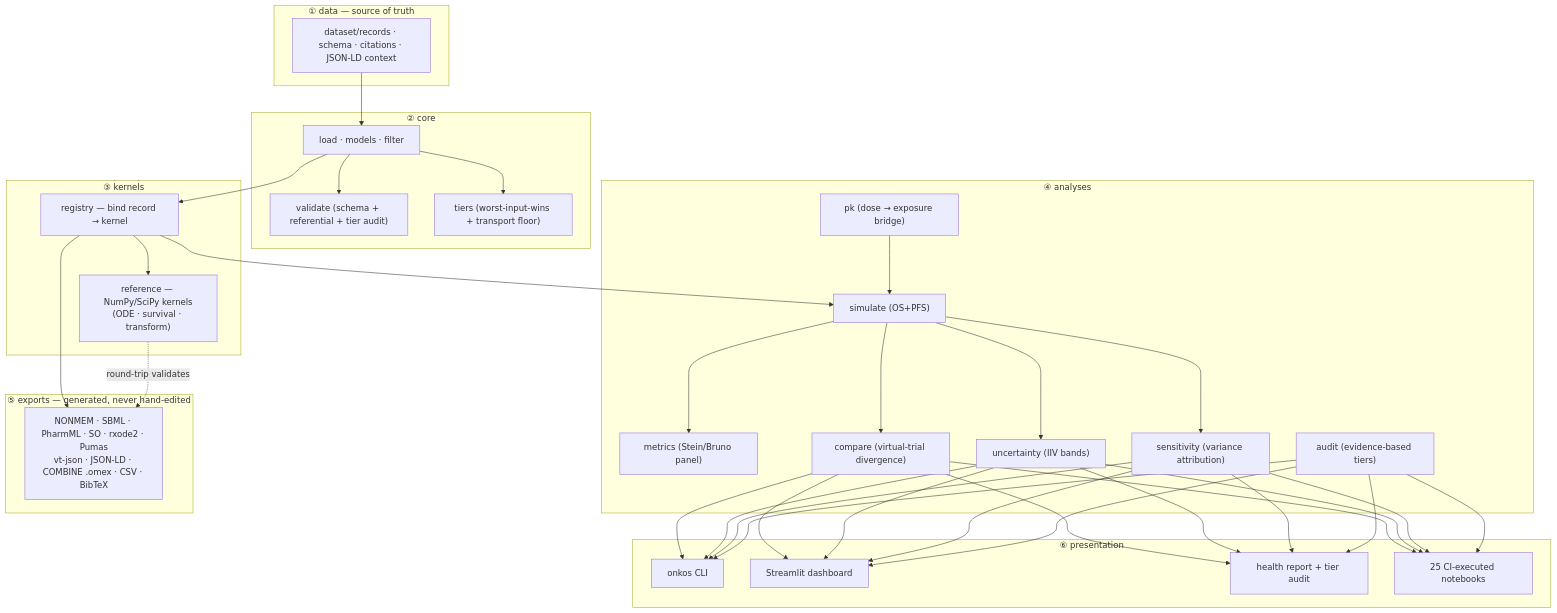
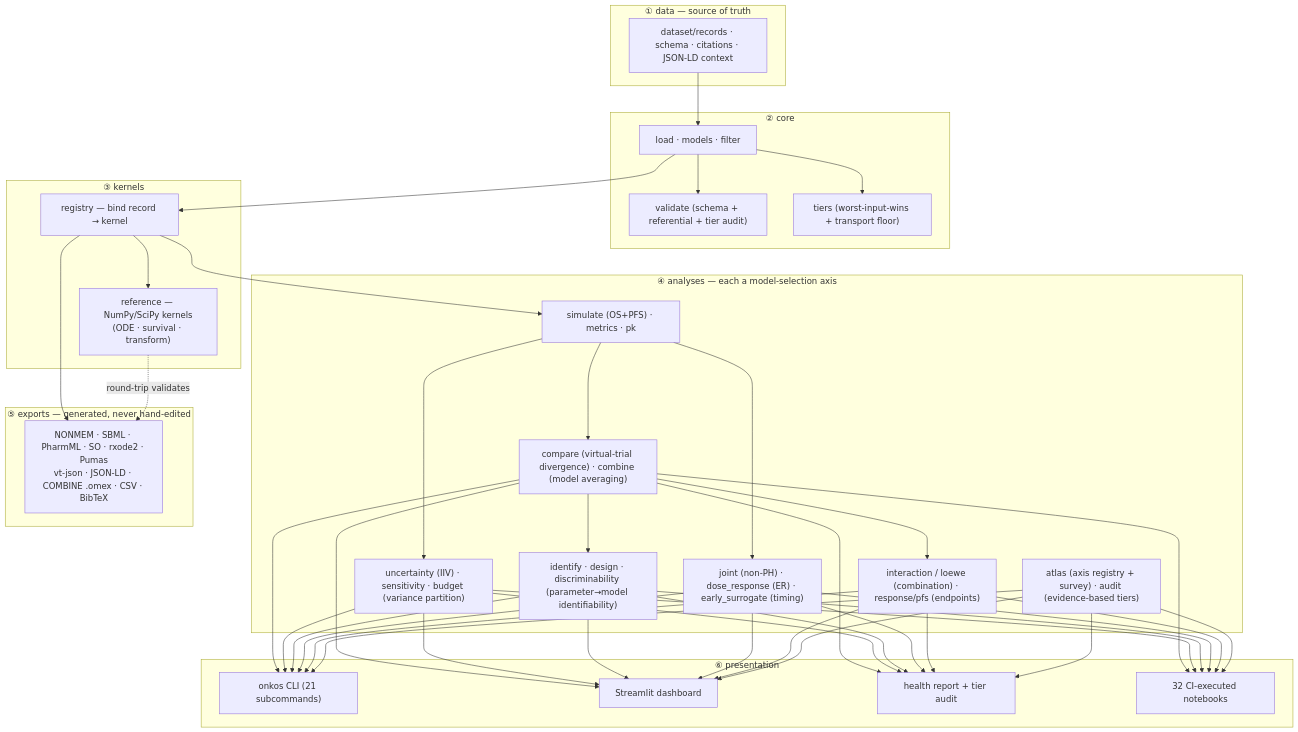
Before and after one commit to clay-good/onkos: the first of 2 diagrams in README.md, drawn with Mermaid. The commit also changed other lines of this file and 14 other files, not shown here.

````diff
--- a/README.md
+++ b/README.md
@@ -1520,41 +1556,41 @@
 ```mermaid
 flowchart TD
     subgraph data["① data — source of truth"]
         DS["dataset/records · schema · citations · JSON-LD context"]
     end
     subgraph core["② core"]
         LOAD["load · models · filter"]
         VAL["validate (schema + referential + tier audit)"]
         TIER["tiers (worst-input-wins + transport floor)"]
     end
     subgraph kern["③ kernels"]
         REG["registry — bind record → kernel"]
         REF["reference — NumPy/SciPy kernels<br/>(ODE · survival · transform)"]
     end
-    subgraph ana["④ analyses"]
-        SIM["simulate (OS+PFS)"]
-        MET["metrics (Stein/Bruno panel)"]
-        PKM["pk (dose → exposure bridge)"]
-        CMP["compare (virtual-trial divergence)"]
-        UNC["uncertainty (IIV bands)"]
-        SEN["sensitivity (variance attribution)"]
-        AUD["audit (evidence-based tiers)"]
+    subgraph ana["④ analyses — each a model-selection axis"]
+        SIM["simulate (OS+PFS) · metrics · pk"]
+        CMP["compare (virtual-trial divergence) · combine (model averaging)"]
+        UNC["uncertainty (IIV) · sensitivity · budget (variance partition)"]
+        IDN["identify · design · discriminability (parameter→model identifiability)"]
+        SRV["joint (non-PH) · dose_response (ER) · early_surrogate (timing)"]
+        CMB["interaction / loewe (combination) · response/pfs (endpoints)"]
+        ATL["atlas (axis registry + survey) · audit (evidence-based tiers)"]
     end
     subgraph exp["⑤ exports — generated, never hand-edited"]
         EXP["NONMEM · SBML · PharmML · SO · rxode2 · Pumas<br/>vt-json · JSON-LD · COMBINE .omex · CSV · BibTeX"]
     end
     subgraph pres["⑥ presentation"]
-        CLI["onkos CLI"]
+        CLI["onkos CLI (21 subcommands)"]
         DASH["Streamlit dashboard"]
         REP["health report + tier audit"]
-        NB["25 CI-executed notebooks"]
+        NB["32 CI-executed notebooks"]
     end
     DS --> LOAD --> REG --> REF
     LOAD --> VAL & TIER
     REG --> SIM --> CMP
-    PKM --> SIM
-    SIM --> MET & UNC & SEN
-    CMP & UNC & SEN & AUD --> CLI & DASH & REP & NB
+    SIM --> UNC & SRV
+    CMP --> IDN & CMB
+    CMP & UNC & IDN & SRV & CMB & ATL --> CLI & DASH & REP & NB
     REG --> EXP
     REF -. "round-trip validates" .-> EXP
 ```
````
